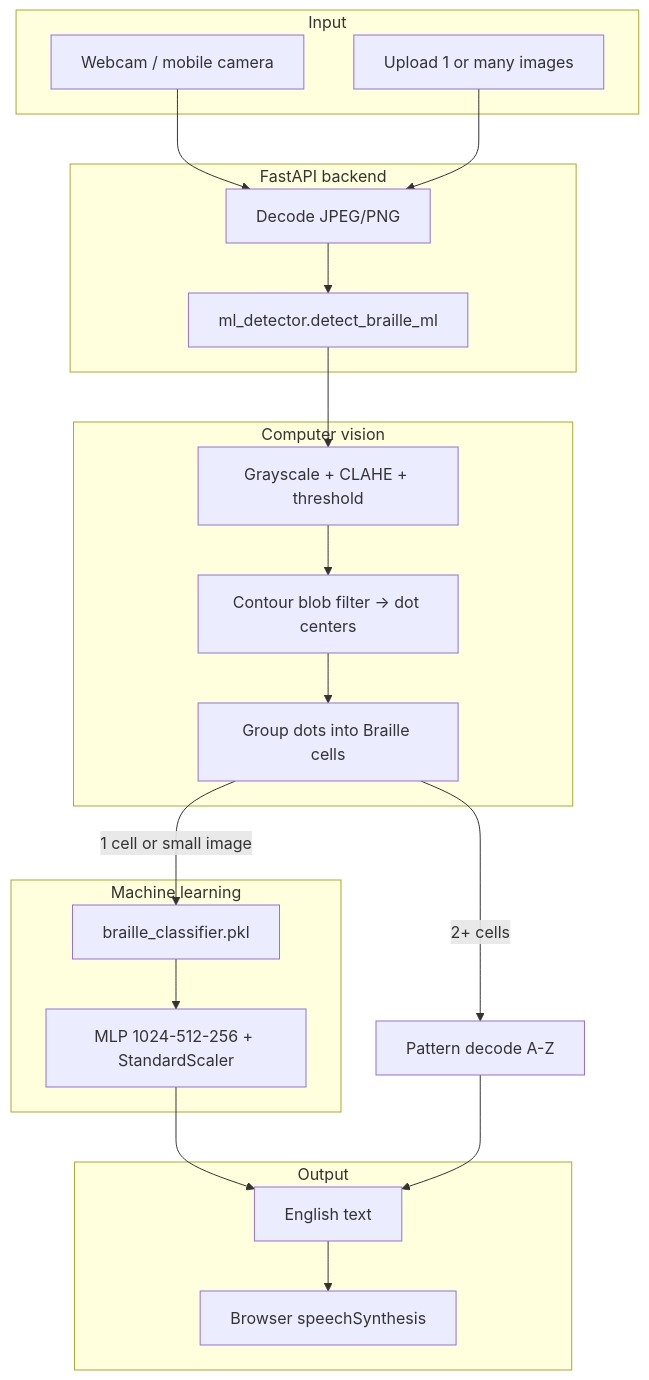
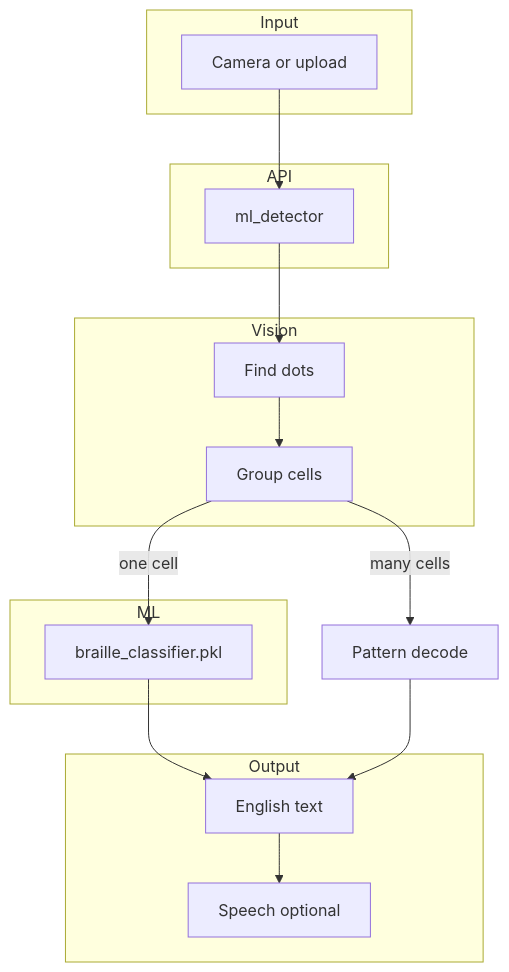
One commit to BoyTiger-1/BrailleVision changed the diagram in README.md. Above: the diagram before and after it, drawn with Mermaid. The commit also changed other lines of this file and 5 other files, not shown here.

````diff
--- a/README.md
+++ b/README.md
@@ -134,41 +44,25 @@
 ```mermaid
 flowchart TB
   subgraph input [Input]
-    CAM[Webcam / mobile camera]
-    UPL[Upload 1 or many images]
+    CAM[Camera or upload]
   end
-
-  subgraph api [FastAPI backend]
-    DEC[Decode JPEG/PNG]
-    ML[ml_detector.detect_braille_ml]
+  subgraph api [API]
+    ML[ml_detector]
   end
-
-  subgraph vision [Computer vision]
-    PRE[Grayscale + CLAHE + threshold]
-    DOT[Contour blob filter → dot centers]
-    CELL[Group dots into Braille cells]
+  subgraph vision [Vision]
+    DOT[Find dots]
+    CELL[Group cells]
   end
-
-  subgraph ml [Machine learning]
+  subgraph ml [ML]
     PKL[braille_classifier.pkl]
-    MLP[MLP 1024-512-256 + StandardScaler]
   end
-
   subgraph out [Output]
     TXT[English text]
-    TTS[Browser speechSynthesis]
+    TTS[Speech optional]
   end
-
-  CAM --> DEC
-  UPL --> DEC
-  DEC --> ML
-  ML --> PRE
-  PRE --> DOT
-  DOT --> CELL
-  CELL -->|1 cell or small image| PKL
-  PKL --> MLP
-  CELL -->|2+ cells| GEO[Pattern decode A-Z]
-  MLP --> TXT
-  GEO --> TXT
+  CAM --> ML
+  ML --> DOT --> CELL
+  CELL -->|one cell| PKL --> TXT
+  CELL -->|many cells| GEO[Pattern decode] --> TXT
   TXT --> TTS
 ```
````
